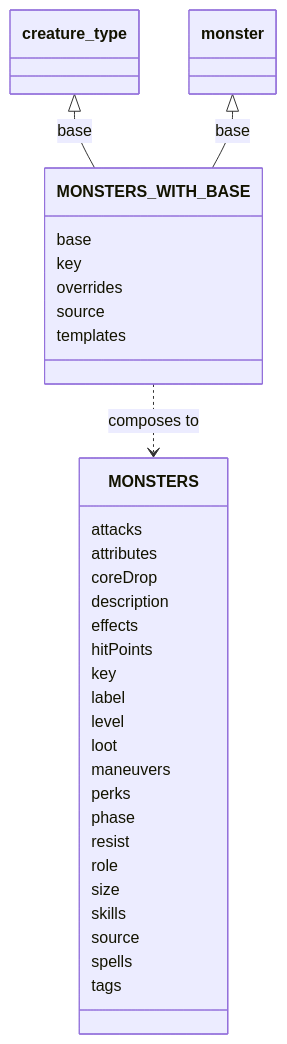
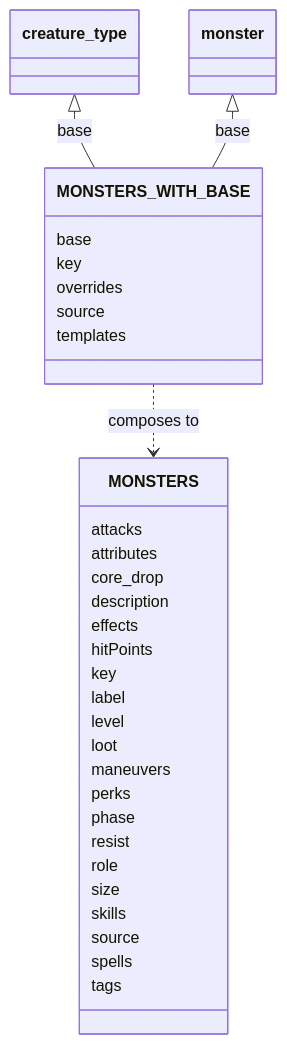
One commit to SETA1609/riftweave-core changed the third of 7 diagrams in docs/core/composition-diagram.md. Above: the diagram before and after it, drawn with Mermaid. The commit also changed 135 other files, not shown here.

First line of the commit message:
DE_S02_01 Data: rename the 35 camelCase properties to snake_case in schemas, data, modules, reference code and Go tags

````diff
--- a/docs/core/composition-diagram.md
+++ b/docs/core/composition-diagram.md
@@ -92,37 +92,37 @@
 ```mermaid
 classDiagram
     class MONSTERS {
         attacks
         attributes
-        coreDrop
+        core_drop
         description
         effects
         hitPoints
         key
         label
         level
         loot
         maneuvers
         perks
         phase
         resist
         role
         size
         skills
         source
         spells
         tags
     }
     class creature_type
     class monster
     class MONSTERS_WITH_BASE {
         base
         key
         overrides
         source
         templates
     }
     creature_type <|-- MONSTERS_WITH_BASE : base
     monster <|-- MONSTERS_WITH_BASE : base
     MONSTERS_WITH_BASE ..> MONSTERS : composes to
 ```
````
